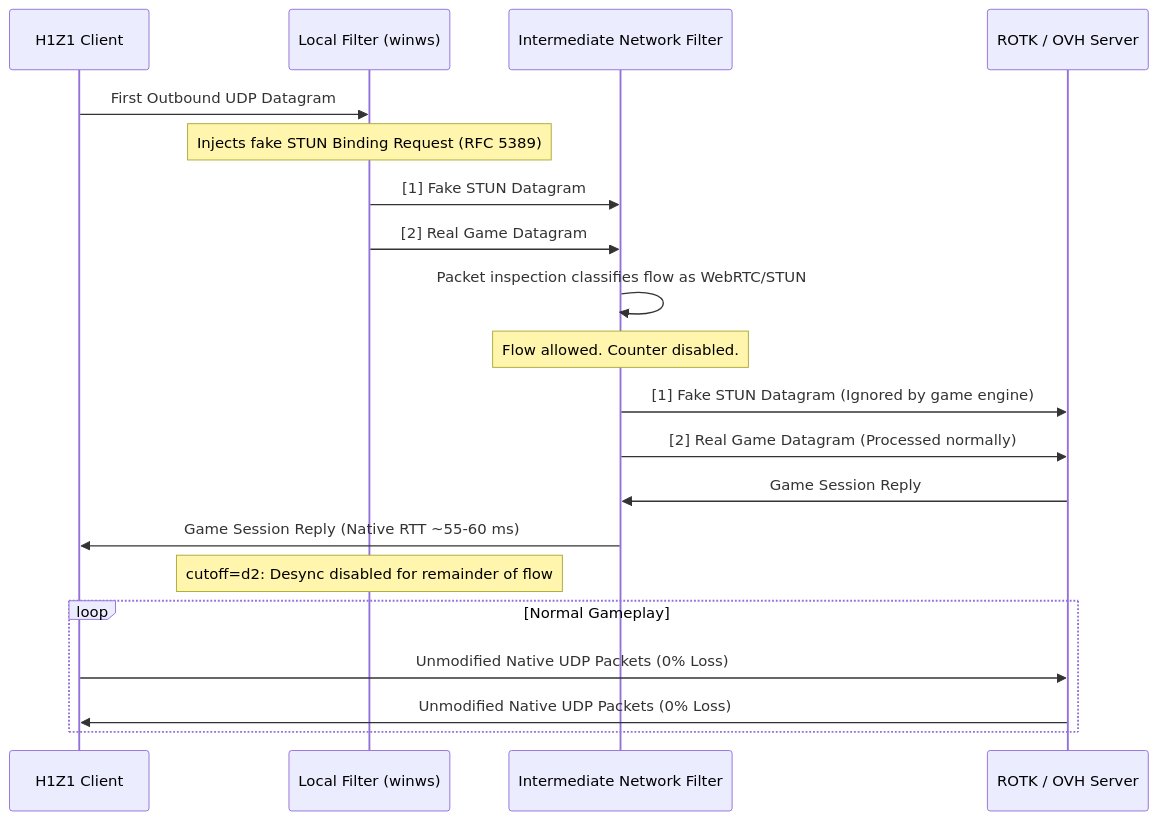
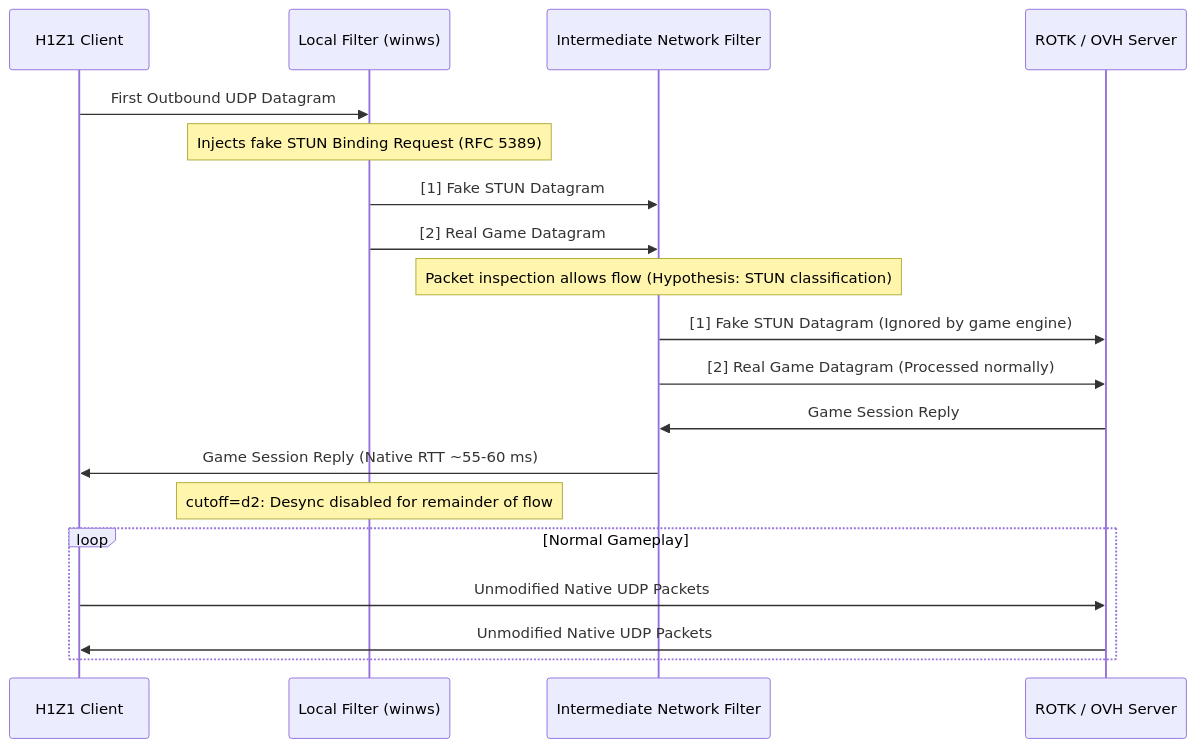
One commit to Blaykosik/H1Z1-ROTK-Russia changed the second of 3 diagrams in docs/HOW_IT_WORKS.md. Above: the diagram before and after it, drawn with Mermaid. The commit also changed other lines of this file and 20 other files, not shown here.

````diff
--- a/docs/HOW_IT_WORKS.md
+++ b/docs/HOW_IT_WORKS.md
@@ -46,23 +45,22 @@
 ```mermaid
 sequenceDiagram
     participant Game as H1Z1 Client
     participant WinDivert as Local Filter (winws)
     participant ISP as Intermediate Network Filter
     participant Server as ROTK / OVH Server
 
     Game->>WinDivert: First Outbound UDP Datagram
     Note over WinDivert: Injects fake STUN Binding Request (RFC 5389)
     WinDivert->>ISP: [1] Fake STUN Datagram
     WinDivert->>ISP: [2] Real Game Datagram
-    ISP->>ISP: Packet inspection classifies flow as WebRTC/STUN
-    Note over ISP: Flow allowed. Counter disabled.
+    Note over ISP: Packet inspection allows flow (Hypothesis: STUN classification)
     ISP->>Server: [1] Fake STUN Datagram (Ignored by game engine)
     ISP->>Server: [2] Real Game Datagram (Processed normally)
     Server->>ISP: Game Session Reply
     ISP->>Game: Game Session Reply (Native RTT ~55-60 ms)
     Note over WinDivert: cutoff=d2: Desync disabled for remainder of flow
     loop Normal Gameplay
-        Game->>Server: Unmodified Native UDP Packets (0% Loss)
-        Server->>Game: Unmodified Native UDP Packets (0% Loss)
+        Game->>Server: Unmodified Native UDP Packets
+        Server->>Game: Unmodified Native UDP Packets
     end
 ```
````
